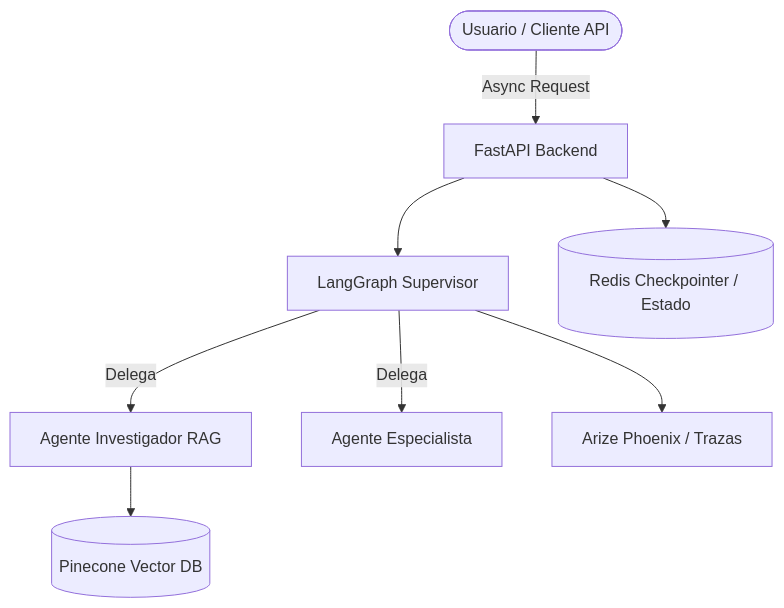
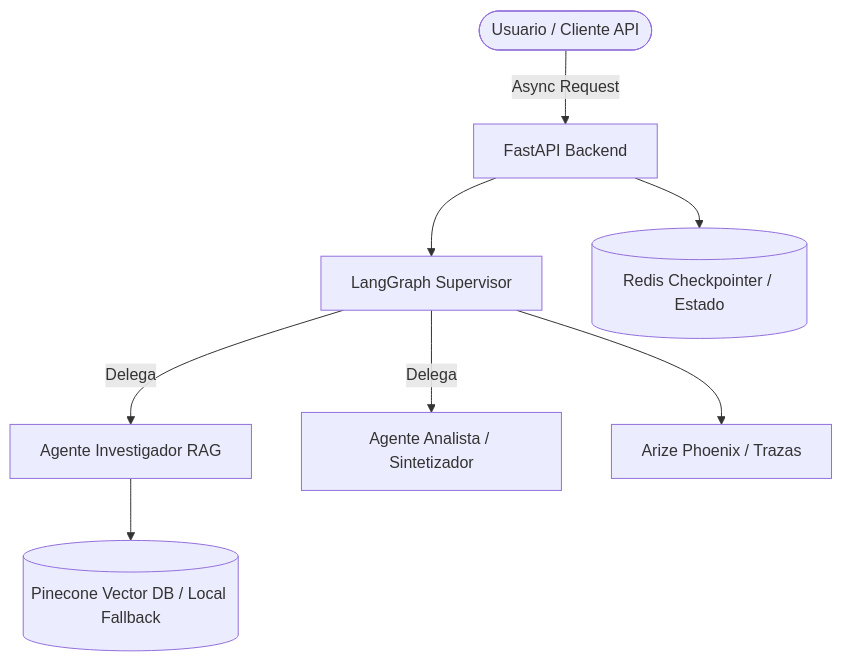
The diagram in README.md (diegofziegler/entrega_7), drawn with Mermaid before and after one commit. The commit also changed other lines of this file, not shown here.

Commit message:
Implement multi-agent intelligence system with RAG, FastAPI, and telemetry

````diff
--- a/README.md
+++ b/README.md
@@ -17,10 +17,10 @@
 ```mermaid
 graph TD  
     User([Usuario / Cliente API]) -->|Async Request| FastAPI[FastAPI Backend]  
     FastAPI --> Supervisor[LangGraph Supervisor]  
     Supervisor -->|Delega| Agent1[Agente Investigador RAG]  
-    Supervisor -->|Delega| Agent2[Agente Especialista]  
-    Agent1 --> Pinecone[(Pinecone Vector DB)]  
+    Supervisor -->|Delega| Agent2[Agente Analista / Sintetizador]
+    Agent1 --> Pinecone[(Pinecone Vector DB / Local Fallback)]
     FastAPI --> Redis[(Redis Checkpointer / Estado)]  
     Supervisor --> Phoenix[Arize Phoenix / Trazas]
 ```
````
